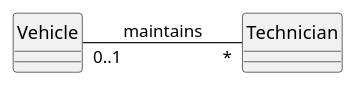
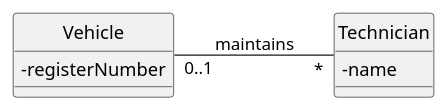
Before and after one commit to bbauer02/3wa_uml: the second of 3 diagrams in document/implementation-d-une-association-bidirectionnelle-multiple.adoc, drawn with PlantUML. The commit also changed other lines of this file and 3 other files, not shown here.

```diff
--- a/document/implementation-d-une-association-bidirectionnelle-multiple.adoc
+++ b/document/implementation-d-une-association-bidirectionnelle-multiple.adoc
@@ -72,8 +72,16 @@
 [plantuml,target=asso_bi_multiple_1,format=svg]
 ....
 hide circle
 skinparam classAttributeIconSize 0
 
+class Vehicle {
+-registerNumber
+}
+
+class Technician {
+-name
+}
+
 left to right direction
 Vehicle "0..1" -- "*" Technician : maintains
 ....
```
